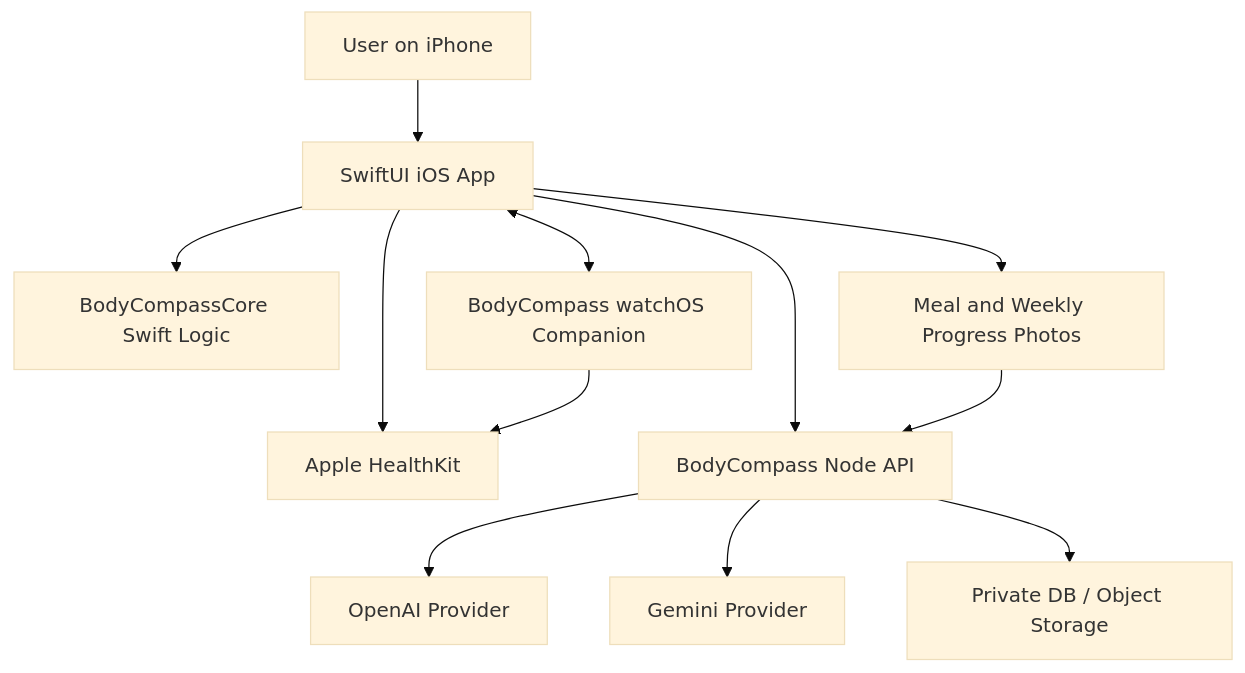
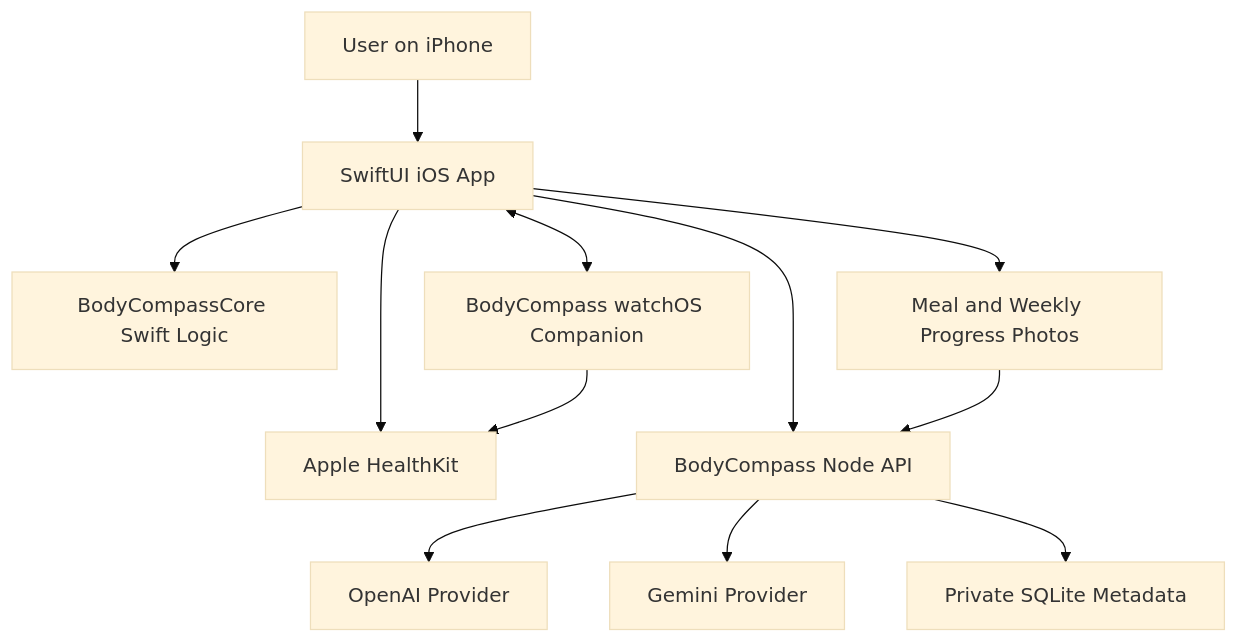
Before and after one commit to Rohanmond/BodyCompass: the diagram in ai/architecture.md, drawn with Mermaid (base theme). The commit also changed other lines of this file and 22 other files, not shown here.

````diff
--- a/ai/architecture.md
+++ b/ai/architecture.md
@@ -5,14 +5,14 @@
 ```mermaid
 flowchart TD
     User["User on iPhone"] --> IOS["SwiftUI iOS App"]
     IOS --> Core["BodyCompassCore Swift Logic"]
     IOS --> HealthKit["Apple HealthKit"]
     IOS <--> Watch["BodyCompass watchOS Companion"]
     Watch --> HealthKit
     IOS --> API["BodyCompass Node API"]
     API --> OpenAI["OpenAI Provider"]
     API --> Gemini["Gemini Provider"]
-    API --> Store["Private DB / Object Storage"]
+    API --> Store["Private SQLite Metadata"]
     IOS --> Photos["Meal and Weekly Progress Photos"]
     Photos --> API
 ```
````
